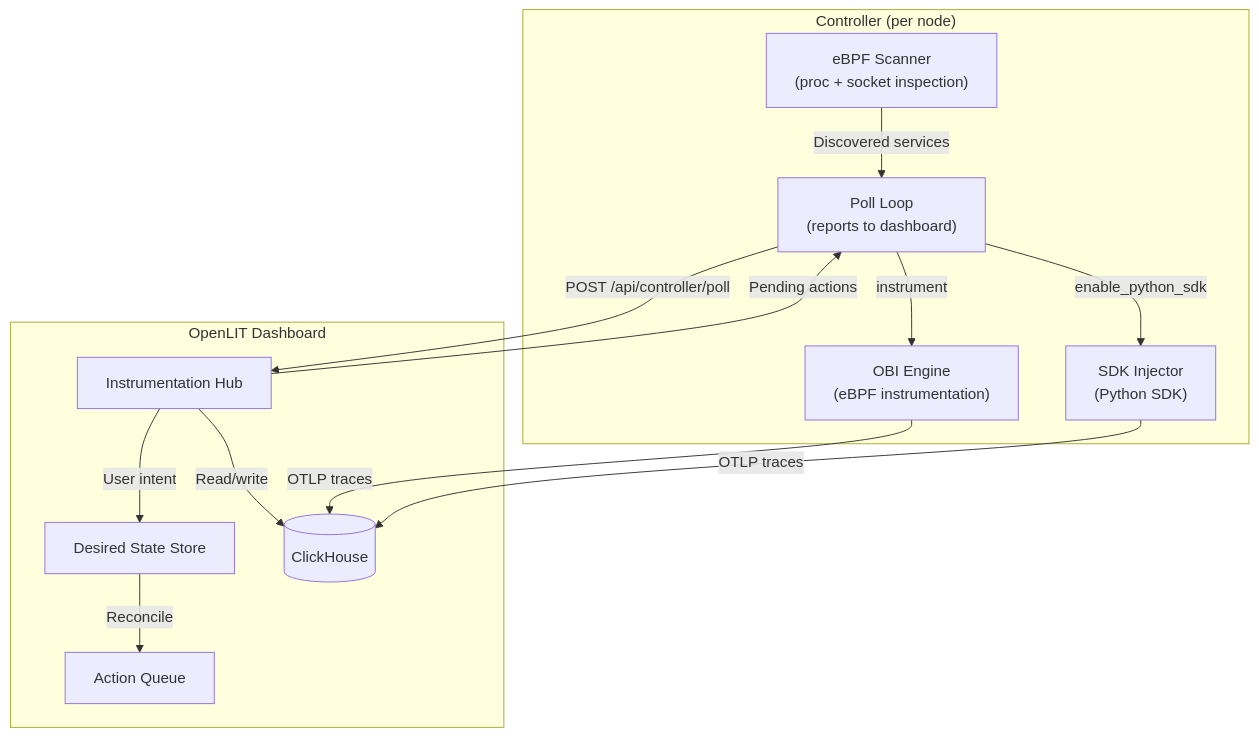
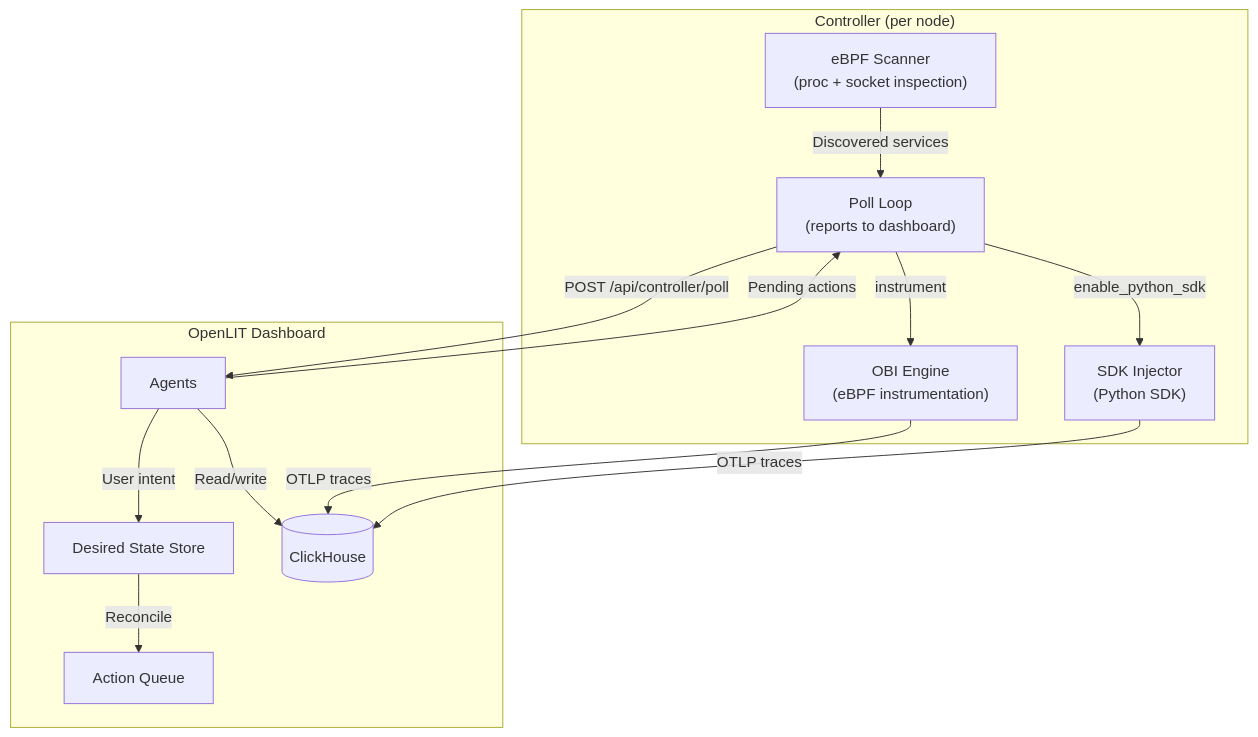
The first of 2 diagrams in docs/latest/controller/architecture.mdx (openlit/openlit), drawn with Mermaid before and after one commit. The commit also changed 9 other files, not shown here.

````diff
--- a/docs/latest/controller/architecture.mdx
+++ b/docs/latest/controller/architecture.mdx
@@ -9,27 +9,27 @@
 ```mermaid
 flowchart TB
     subgraph "Controller (per node)"
         Scanner["eBPF Scanner\n(proc + socket inspection)"]
         OBI["OBI Engine\n(eBPF instrumentation)"]
         SDKInj["SDK Injector\n(Python SDK)"]
         Poller["Poll Loop\n(reports to dashboard)"]
     end
 
     subgraph "OpenLIT Dashboard"
-        Hub["Instrumentation Hub"]
+        Hub["Agents"]
         Actions["Action Queue"]
         Desired["Desired State Store"]
         CH[(ClickHouse)]
     end
 
     Scanner -->|Discovered services| Poller
     Poller -->|POST /api/controller/poll| Hub
     Hub -->|Pending actions| Poller
     Poller -->|instrument| OBI
     Poller -->|enable_python_sdk| SDKInj
     Hub -->|Read/write| CH
     Hub -->|User intent| Desired
     Desired -->|Reconcile| Actions
     OBI -->|OTLP traces| CH
     SDKInj -->|OTLP traces| CH
 ```
````
